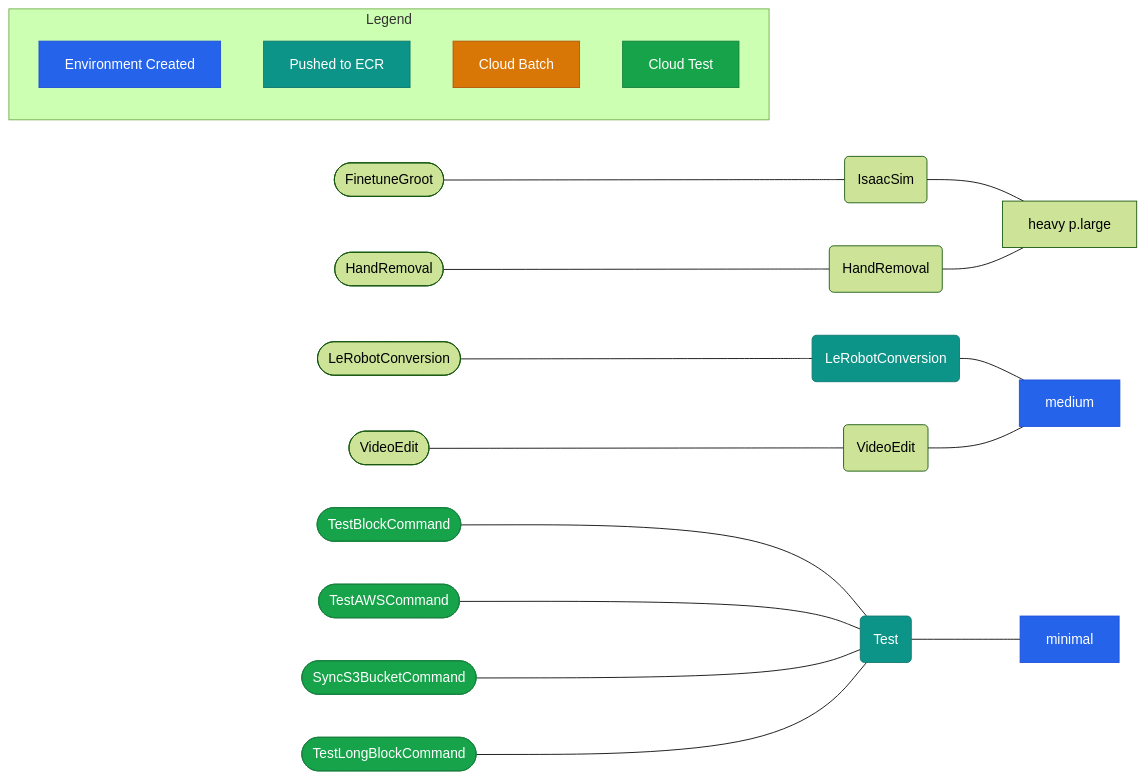
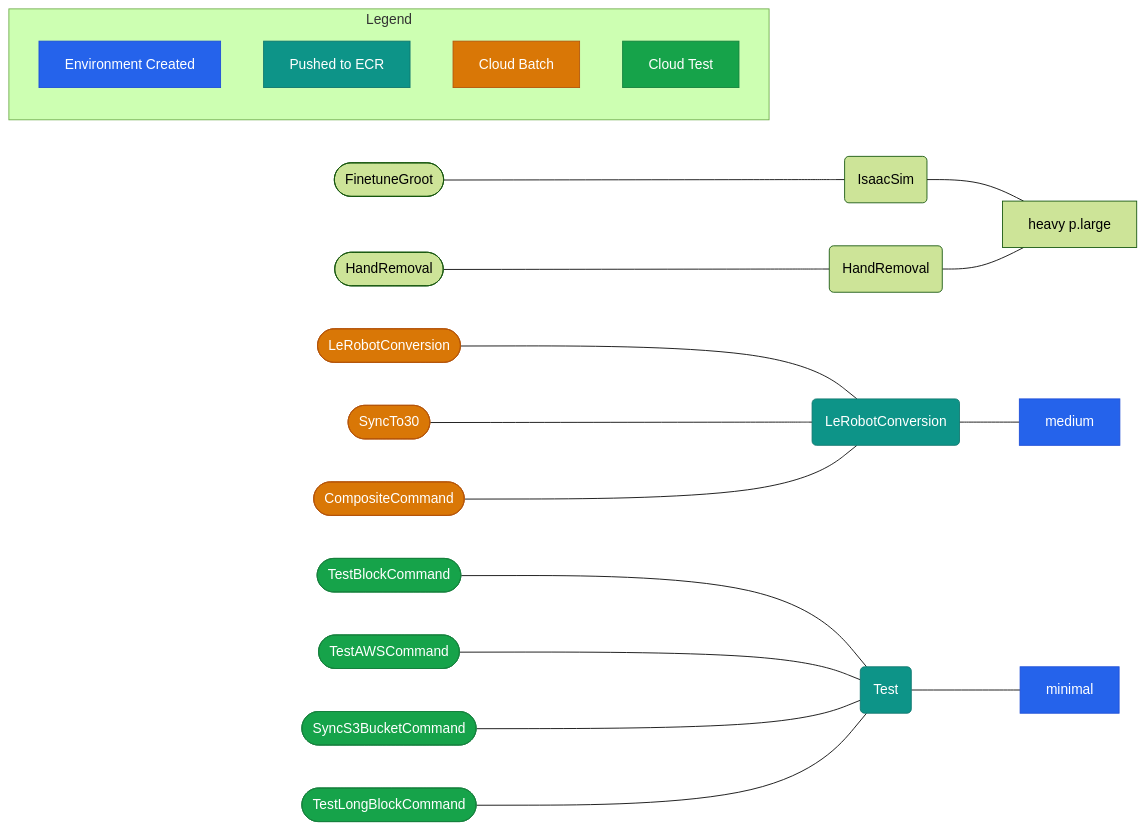
Before and after one commit to ogoudey/WorkflowContainers: the diagram in README.md, drawn with Mermaid (forest theme). The commit also changed 4 other files, not shown here.

Commit message:
video edit container

````diff
--- a/README.md
+++ b/README.md
@@ -2,40 +2,45 @@
 ```mermaid
 graph LR
     A([FinetuneGroot]) --- B(IsaacSim)--- C[heavy p.large]
     D([HandRemoval]) --- E(HandRemoval) --- C
     F([LeRobotConversion]) --- G(LeRobotConversion) --- H[medium]
-    I([VideoEdit]) --- J(VideoEdit) --- H
+    I([SyncTo30]) --- G
+    K([CompositeCommand]) --- G
     X([TestBlockCommand]) --- Y(Test) --- Z[minimal]
     X1([TestAWSCommand]) --- Y
     X2([SyncS3BucketCommand]) --- Y
     X3([TestLongBlockCommand]) --- Y
 
     %% Legend
     subgraph Legend
         L1[Environment Created]
         L2[Pushed to ECR]
         L3[Cloud Batch]
         L4[Cloud Test]
     end
+
 
 %% Define Color Schemes for Statuses
 classDef environmentCreated fill:#2563eb,stroke:#1d4ed8,color:#fff
 classDef pushedToECR fill:#0d9488,stroke:#0f766e,color:#fff
 classDef cloudBatch fill:#d97706,stroke:#b45309,color:#fff
 classDef cloudTest fill:#16a34a,stroke:#15803d,color:#fff
 
 class Z environmentCreated
 class H environmentCreated
 class Y pushedToECR
 class G pushedToECR
 
 class X cloudTest
 class X1 cloudTest
 class X2 cloudTest
 class X3 cloudTest
+class I cloudBatch
+class K cloudBatch
+class F cloudBatch
 
 class L1 environmentCreated
 class L2 pushedToECR
 class L3 cloudBatch
 class L4 cloudTest
 ```
````
